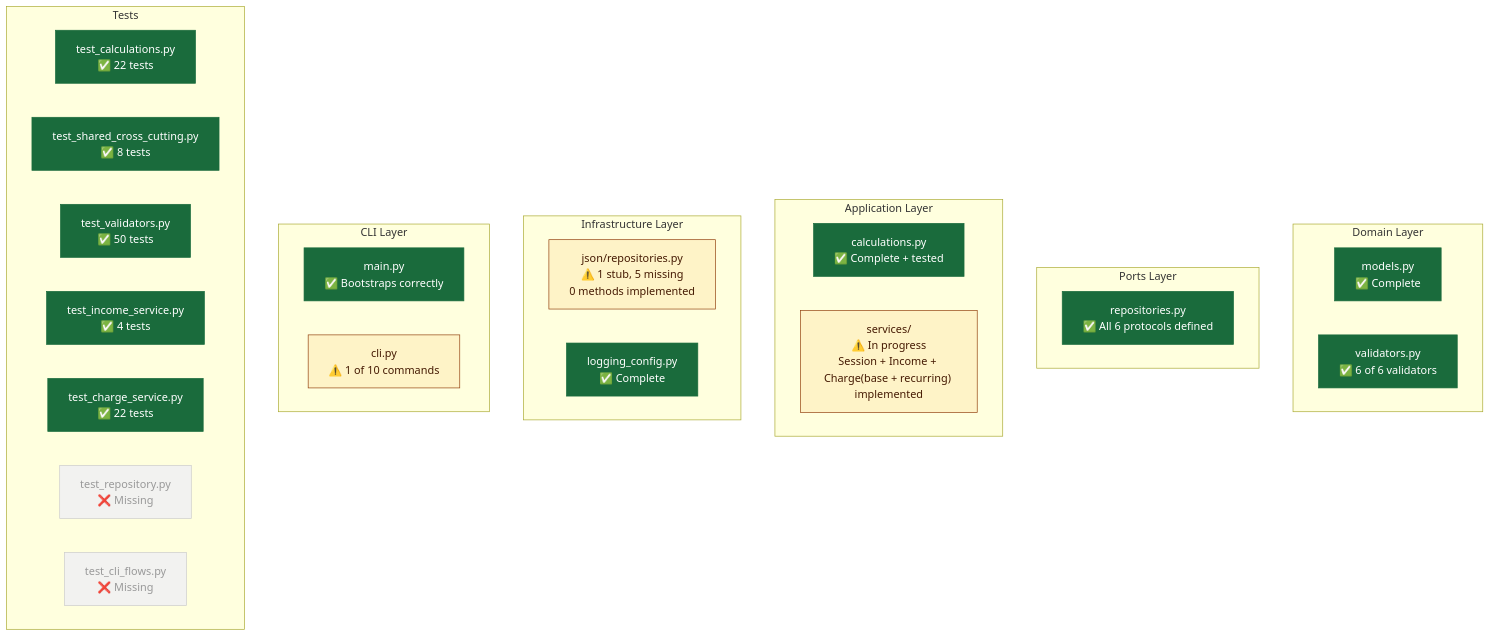
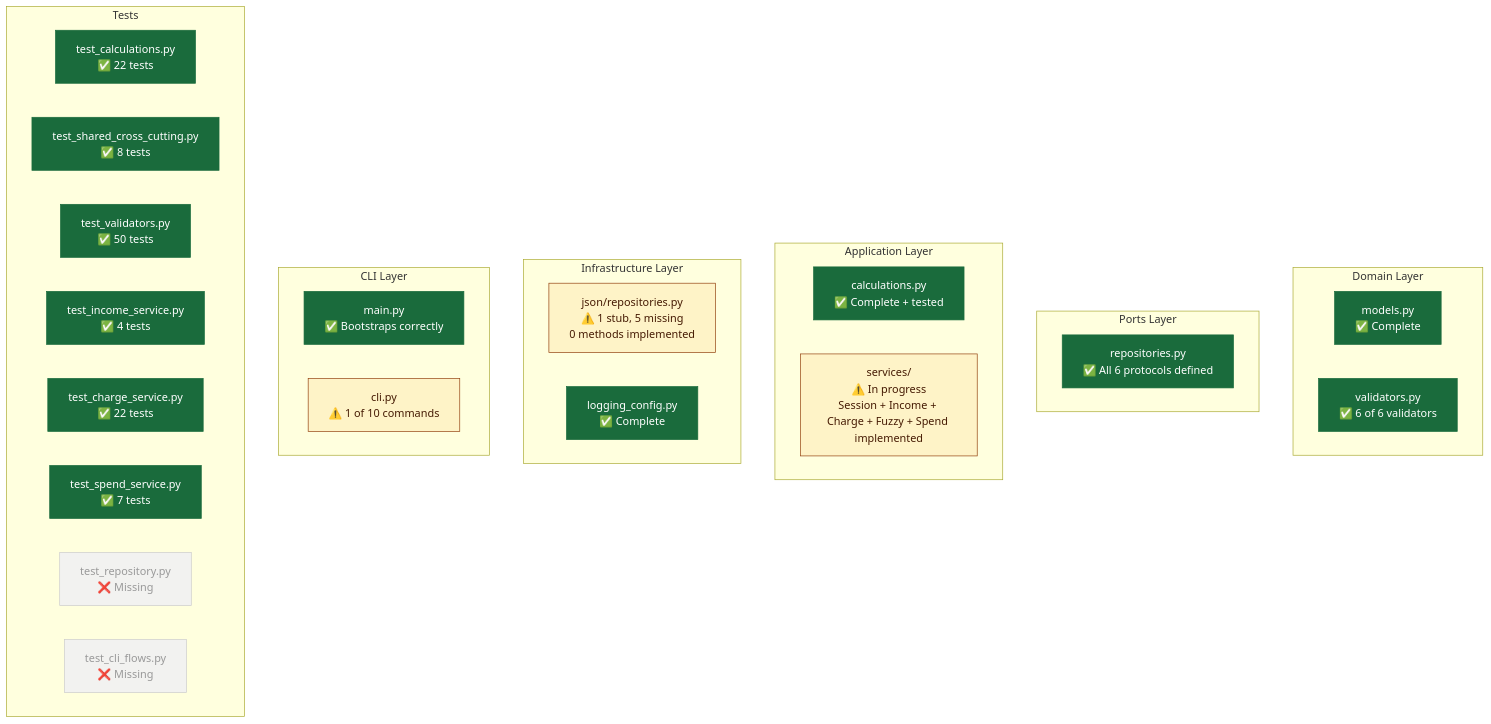
Diagram 12 of 25 in Docs/stage1_implementation_status.md (MoaminShikha/student-expense-tracker), drawn with Mermaid before and after one commit. The commit also changed other lines of this file and 5 other files, not shown here.

First line of the commit message:
feat(application): implement spend lifecycle with validator-first flow

````diff
--- a/Docs/stage1_implementation_status.md
+++ b/Docs/stage1_implementation_status.md
@@ -436,53 +436,55 @@
 ```mermaid
 graph TD
     subgraph layer_domain["Domain Layer"]
         M["models.py\n✅ Complete"]
         V["validators.py\n✅ 6 of 6 validators"]
     end
 
     subgraph layer_ports["Ports Layer"]
         R["repositories.py\n✅ All 6 protocols defined"]
     end
 
     subgraph layer_app["Application Layer"]
         C["calculations.py\n✅ Complete + tested"]
-        S["services/\n⚠️ In progress\nSession + Income + Charge(base + recurring) implemented"]
+        S["services/\n⚠️ In progress\nSession + Income + Charge + Fuzzy + Spend implemented"]
     end
 
     subgraph layer_infra["Infrastructure Layer"]
         J["json/repositories.py\n⚠️ 1 stub, 5 missing\n0 methods implemented"]
         L["logging_config.py\n✅ Complete"]
     end
 
     subgraph layer_cli["CLI Layer"]
         Main["main.py\n✅ Bootstraps correctly"]
         Cli["cli.py\n⚠️ 1 of 10 commands"]
     end
 
     subgraph layer_tests["Tests"]
         T1["test_calculations.py\n✅ 22 tests"]
         T2["test_shared_cross_cutting.py\n✅ 8 tests"]
         T3["test_validators.py\n✅ 50 tests"]
         T4["test_income_service.py\n✅ 4 tests"]
         T5["test_charge_service.py\n✅ 22 tests"]
-        T6["test_repository.py\n❌ Missing"]
-        T7["test_cli_flows.py\n❌ Missing"]
+        T6["test_spend_service.py\n✅ 7 tests"]
+        T7["test_repository.py\n❌ Missing"]
+        T8["test_cli_flows.py\n❌ Missing"]
     end
 
     style M fill:#1a6b3c,color:#fff,stroke:#1a6b3c
     style R fill:#1a6b3c,color:#fff,stroke:#1a6b3c
     style C fill:#1a6b3c,color:#fff,stroke:#1a6b3c
     style L fill:#1a6b3c,color:#fff,stroke:#1a6b3c
     style Main fill:#1a6b3c,color:#fff,stroke:#1a6b3c
     style T1 fill:#1a6b3c,color:#fff,stroke:#1a6b3c
     style T2 fill:#1a6b3c,color:#fff,stroke:#1a6b3c
     style V fill:#1a6b3c,color:#fff,stroke:#1a6b3c
     style S fill:#fef3c7,stroke:#92400e,color:#451a03
     style J fill:#fef3c7,stroke:#92400e,color:#451a03
     style Cli fill:#fef3c7,stroke:#92400e,color:#451a03
     style T3 fill:#1a6b3c,color:#fff,stroke:#1a6b3c
     style T4 fill:#1a6b3c,color:#fff,stroke:#1a6b3c
     style T5 fill:#1a6b3c,color:#fff,stroke:#1a6b3c
-    style T6 fill:#f2f2f0,stroke:#ccc,color:#999
+    style T6 fill:#1a6b3c,color:#fff,stroke:#1a6b3c
     style T7 fill:#f2f2f0,stroke:#ccc,color:#999
+    style T8 fill:#f2f2f0,stroke:#ccc,color:#999
 ```
````
